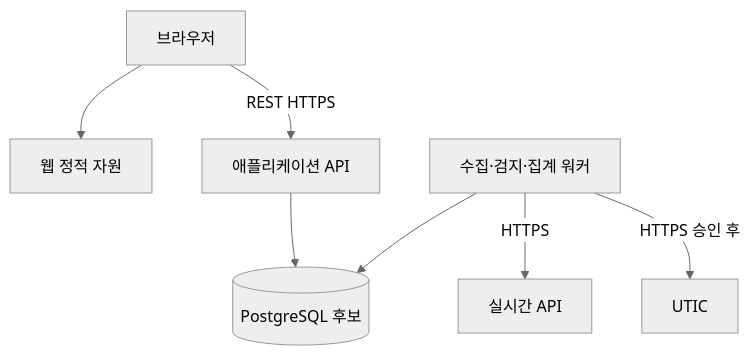
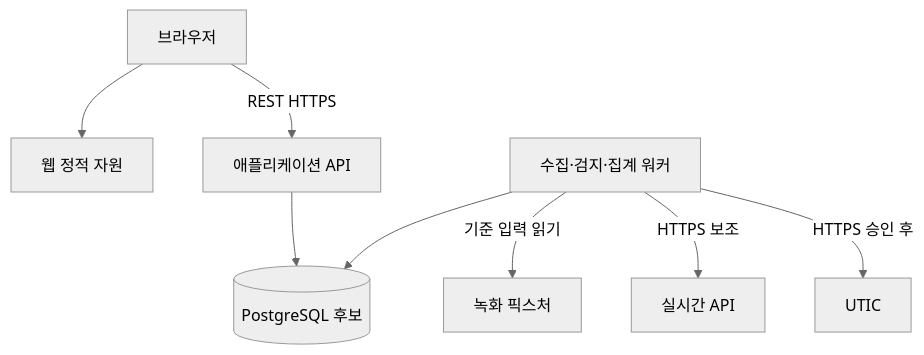
Before and after one commit to gigyeonghyoeon/signal-guard: the fourth of 6 diagrams in 설계/시스템아키텍처.md, drawn with Mermaid (neutral theme). The commit also changed other lines of this file and 9 other files, not shown here.

````diff
--- a/설계/시스템아키텍처.md
+++ b/설계/시스템아키텍처.md
@@ -562,15 +575,16 @@
 ```mermaid
 flowchart TB
   BR[브라우저]
   WEB[웹 정적 자원]
   API[애플리케이션 API]
   JOB[수집·검지·집계 워커]
   DB[(PostgreSQL 후보)]
 
   BR --> WEB
   BR -->|REST HTTPS| API
   API --> DB
   JOB --> DB
-  JOB -->|HTTPS| EXT1[실시간 API]
+  JOB -->|기준 입력 읽기| FIX[녹화 픽스처]
+  JOB -->|HTTPS 보조| EXT1[실시간 API]
   JOB -->|HTTPS 승인 후| EXT2[UTIC]
 ```
````
